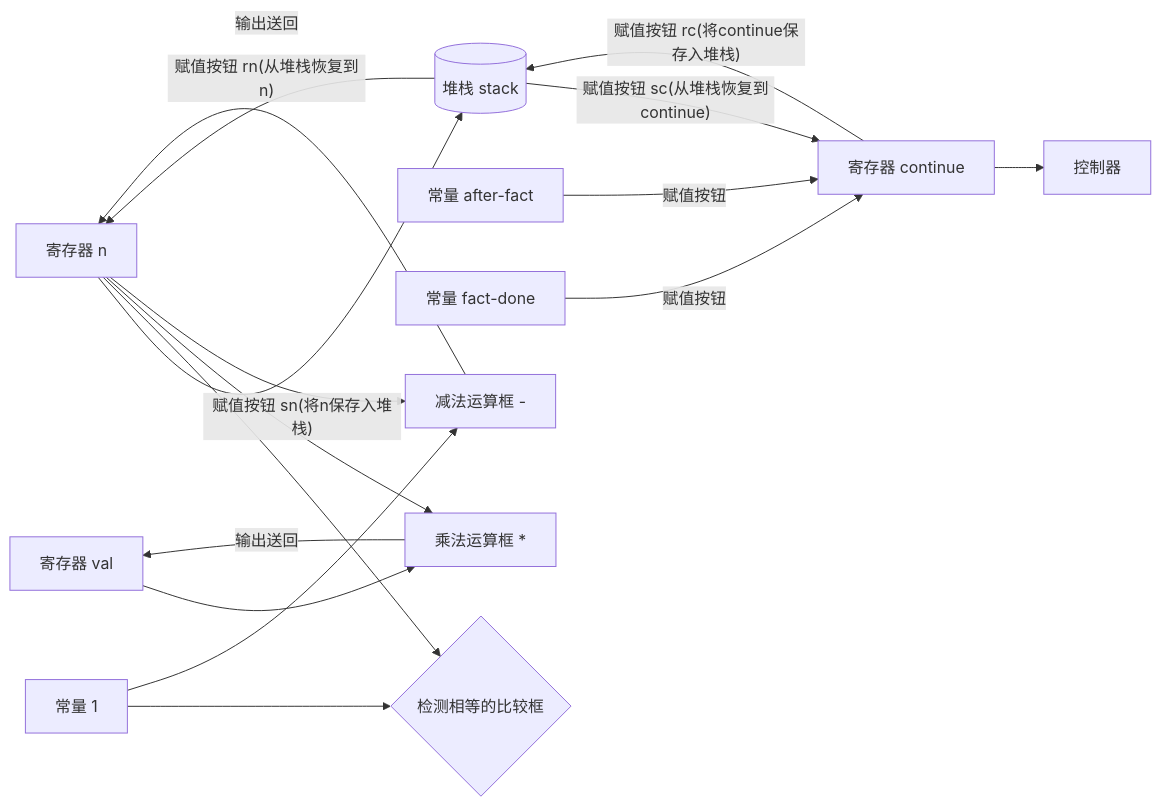
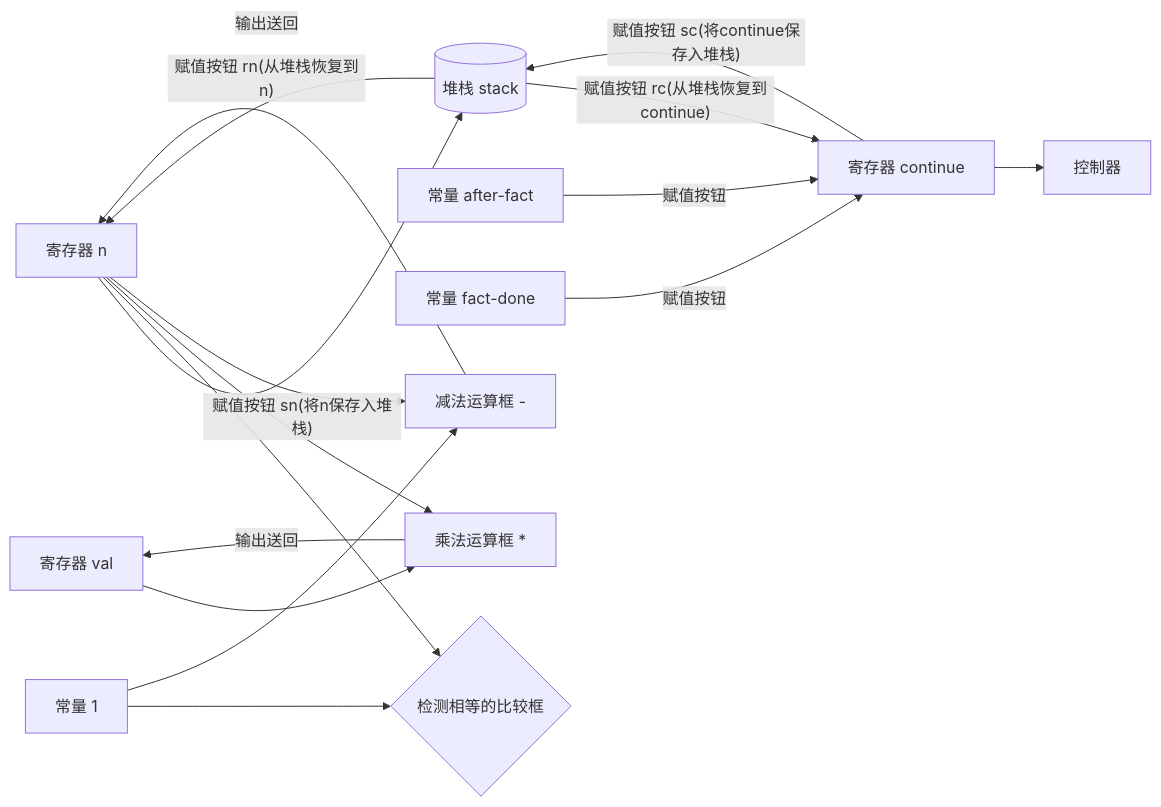
The sixth of 6 diagrams in books/structure-and-interpretation-of-computer-programs/05-第5章-寄存器机器里的计算.md (xiehanff/trans-books-city), drawn with Mermaid before and after one commit. The commit also changed other lines of this file and 80 other files, not shown here.

````diff
--- a/books/structure-and-interpretation-of-computer-programs/05-第5章-寄存器机器里的计算.md
+++ b/books/structure-and-interpretation-of-computer-programs/05-第5章-寄存器机器里的计算.md
@@ -485,29 +483,29 @@
 ```mermaid
 flowchart LR
     VAL["寄存器 val"]
     N["寄存器 n"]
     CONT["寄存器 continue"]
     STK[("堆栈 stack")]
     CTRL["控制器"]
     CAFTER["常量 after-fact"]
     CDONE["常量 fact-done"]
     EQN{"检测相等的比较框"}
     C1["常量 1"]
     MUL["乘法运算框 *"]
     SUB["减法运算框 -"]
     N -->|"赋值按钮 sn(将n保存入堆栈)"| STK
     STK -->|"赋值按钮 rn(从堆栈恢复到n)"| N
-    CONT -->|"赋值按钮 rc(将continue保存入堆栈)"| STK
-    STK -->|"赋值按钮 sc(从堆栈恢复到continue)"| CONT
+    CONT -->|"赋值按钮 sc(将continue保存入堆栈)"| STK
+    STK -->|"赋值按钮 rc(从堆栈恢复到continue)"| CONT
     CAFTER -->|"赋值按钮"| CONT
     CDONE -->|"赋值按钮"| CONT
     CONT --> CTRL
     N --> EQN
     C1 --> EQN
     N --> MUL
     VAL --> MUL
     MUL -->|"输出送回"| VAL
     N --> SUB
     C1 --> SUB
     SUB -->|"输出送回"| N
 ```
````
